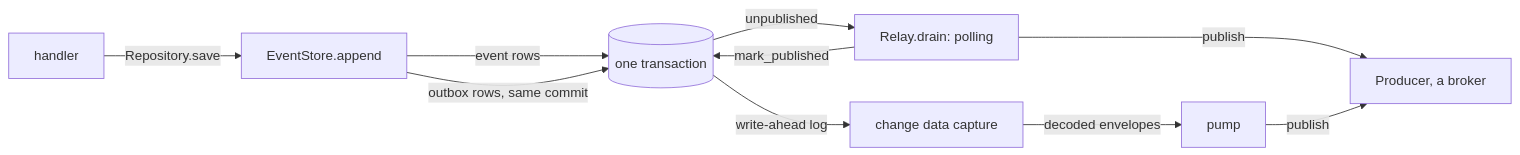
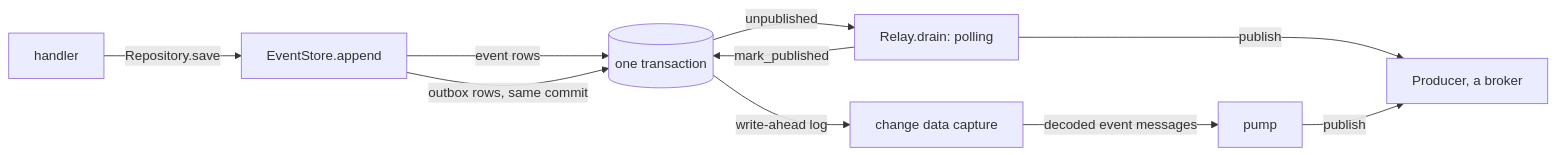
One commit to haskian/edax changed the first of 5 diagrams in docs/sdk/outbox.md. Above: the diagram before and after it, drawn with Mermaid. The commit also changed other lines of this file and 175 other files, not shown here.

````diff
--- a/docs/sdk/outbox.md
+++ b/docs/sdk/outbox.md
@@ -11,12 +11,12 @@
 ```mermaid
 flowchart LR
     H["handler"] -->|"Repository.save"| A["EventStore.append"]
     A -->|"event rows"| DB[("one transaction")]
     A -->|"outbox rows, same commit"| DB
     DB -->|"unpublished"| RL["Relay.drain: polling"]
     DB -->|"write-ahead log"| CDC["change data capture"]
-    CDC -->|"decoded envelopes"| PM["pump"]
+    CDC -->|"decoded event messages"| PM["pump"]
     RL -->|"publish"| B["Producer, a broker"]
     PM -->|"publish"| B
     RL -->|"mark_published"| DB
 ```
````
